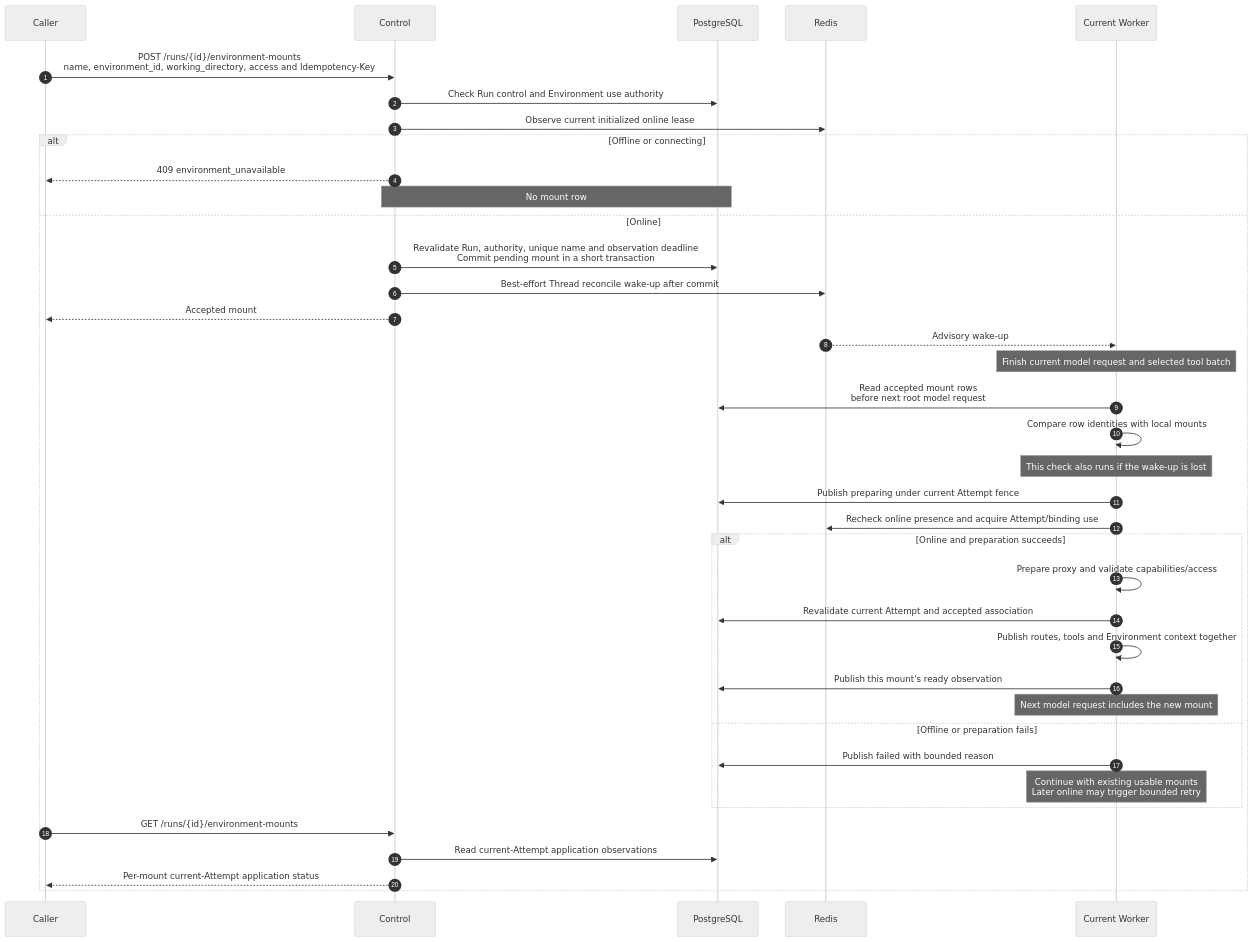
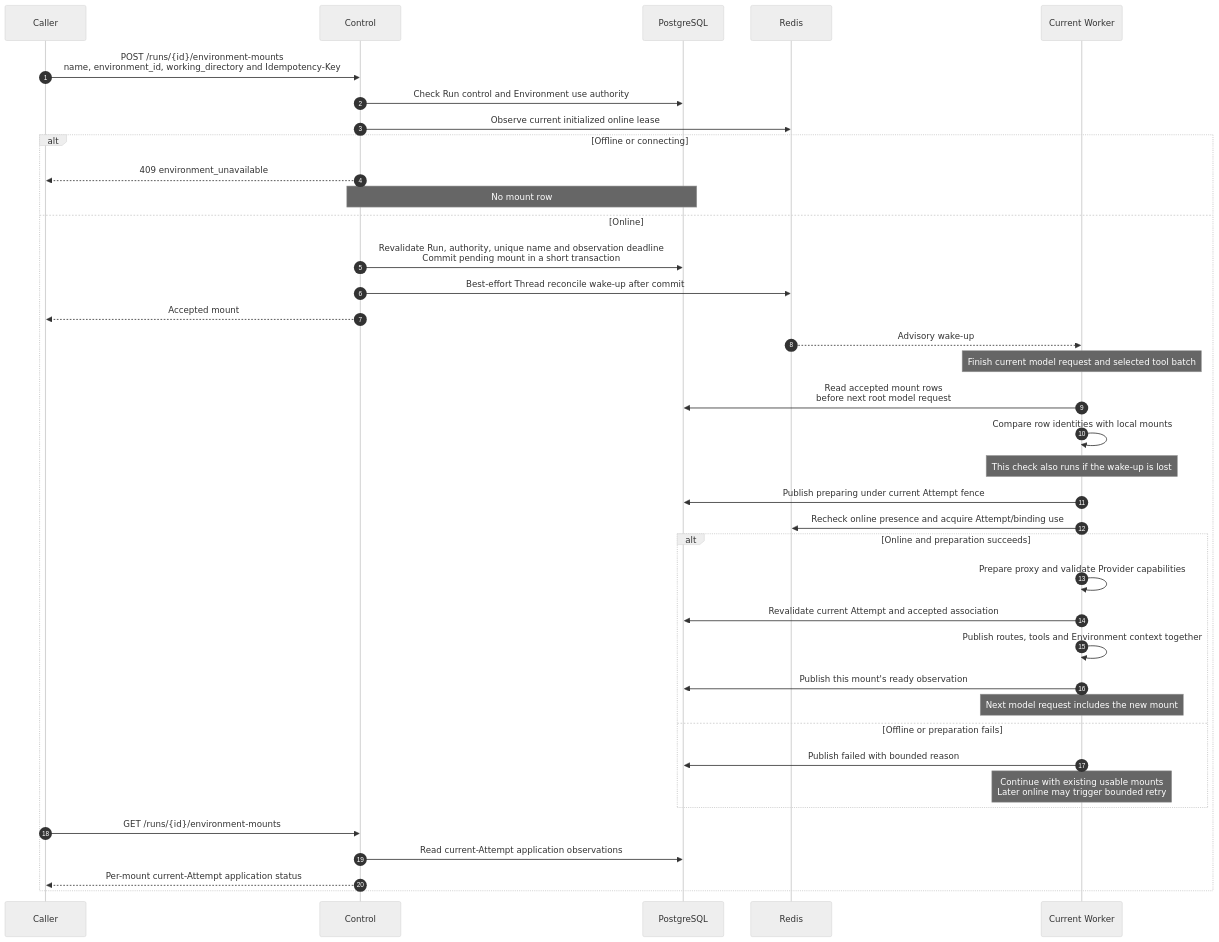
One commit to LTThreeComma/agent-foundation changed the fourth of 5 diagrams in spec/a13n-service/29a-websocket-environments-and-live-mounts.md. Above: the diagram before and after it, drawn with Mermaid (neutral theme). The commit also changed other lines of this file and 102 other files, not shown here.

First line of the commit message:
feat(service)!: enable console debug sessions and remove environment access levels (#576)

````diff
--- a/spec/a13n-service/29a-websocket-environments-and-live-mounts.md
+++ b/spec/a13n-service/29a-websocket-environments-and-live-mounts.md
@@ -288,41 +288,41 @@
 ```mermaid
 sequenceDiagram
     autonumber
     participant Caller
     participant Control
     participant DB as PostgreSQL
     participant Redis
     participant Worker as Current Worker
 
-    Caller->>Control: POST /runs/{id}/environment-mounts<br/>name, environment_id, working_directory, access and Idempotency-Key
+    Caller->>Control: POST /runs/{id}/environment-mounts<br/>name, environment_id, working_directory and Idempotency-Key
     Control->>DB: Check Run control and Environment use authority
     Control->>Redis: Observe current initialized online lease
     alt Offline or connecting
         Control-->>Caller: 409 environment_unavailable
         Note over Control,DB: No mount row
     else Online
         Control->>DB: Revalidate Run, authority, unique name and observation deadline<br/>Commit pending mount in a short transaction
         Control->>Redis: Best-effort Thread reconcile wake-up after commit
         Control-->>Caller: Accepted mount
         Redis-->>Worker: Advisory wake-up
         Note over Worker: Finish current model request and selected tool batch
         Worker->>DB: Read accepted mount rows<br/>before next root model request
         Worker->>Worker: Compare row identities with local mounts
         Note over Worker: This check also runs if the wake-up is lost
         Worker->>DB: Publish preparing under current Attempt fence
         Worker->>Redis: Recheck online presence and acquire Attempt/binding use
         alt Online and preparation succeeds
-            Worker->>Worker: Prepare proxy and validate capabilities/access
+            Worker->>Worker: Prepare proxy and validate Provider capabilities
             Worker->>DB: Revalidate current Attempt and accepted association
             Worker->>Worker: Publish routes, tools and Environment context together
             Worker->>DB: Publish this mount's ready observation
             Note over Worker: Next model request includes the new mount
         else Offline or preparation fails
             Worker->>DB: Publish failed with bounded reason
             Note over Worker: Continue with existing usable mounts<br/>Later online may trigger bounded retry
         end
         Caller->>Control: GET /runs/{id}/environment-mounts
         Control->>DB: Read current-Attempt application observations
         Control-->>Caller: Per-mount current-Attempt application status
     end
 ```
````
